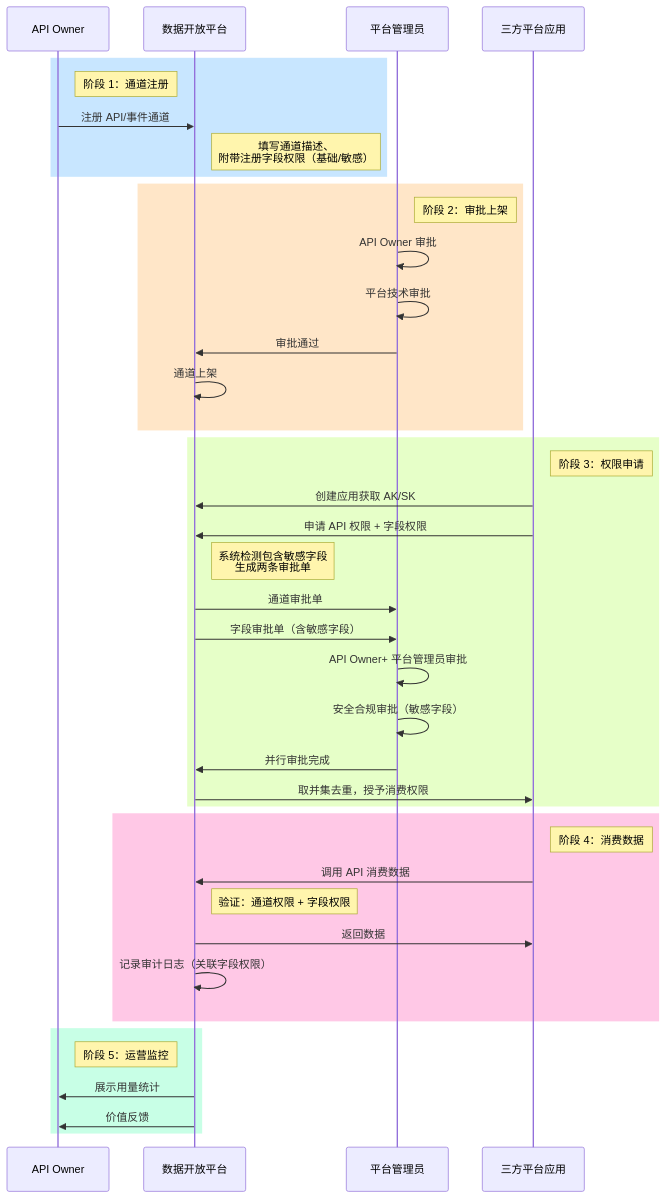
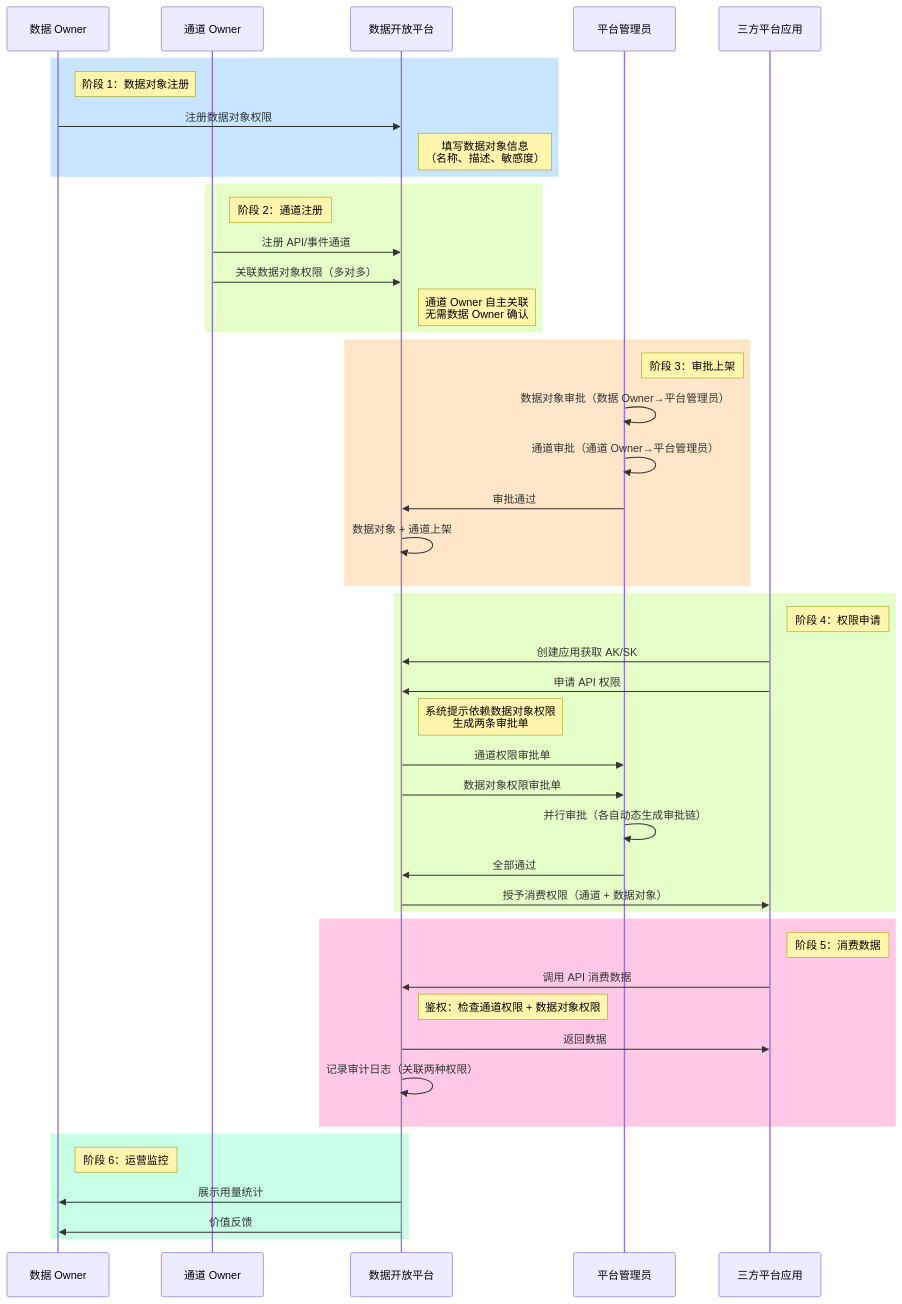
Before and after one commit to THZSummer/Product: the seventh of 13 diagrams in open-app/.sdd/specs-tree-root/specs-tree-data-open-platform/discovery-report.md, drawn with Mermaid. The commit also changed other lines of this file and 2 other files, not shown here.

````diff
--- a/open-app/.sdd/specs-tree-root/specs-tree-data-open-platform/discovery-report.md
+++ b/open-app/.sdd/specs-tree-root/specs-tree-data-open-platform/discovery-report.md
@@ -304,48 +306,55 @@
 ```mermaid
 sequenceDiagram
-    participant AOwner as API Owner
+    participant DOwner as 数据 Owner
+    participant COwner as 通道 Owner
     participant Platform as 数据开放平台
     participant Admin as 平台管理员
     participant Consumer as 三方平台应用
     
     rect rgb(200, 230, 255)
-        note right of AOwner: 阶段 1：通道注册
-        AOwner->>Platform: 注册 API/事件通道
-        note right of Platform: 填写通道描述、<br/>附带注册字段权限（基础/敏感）
+        note right of DOwner: 阶段 1：数据对象注册
+        DOwner->>Platform: 注册数据对象权限
+        note right of Platform: 填写数据对象信息<br/>（名称、描述、敏感度）
+    end
+    
+    rect rgb(230, 255, 200)
+        note right of COwner: 阶段 2：通道注册
+        COwner->>Platform: 注册 API/事件通道
+        COwner->>Platform: 关联数据对象权限（多对多）
+        note right of Platform: 通道 Owner 自主关联<br/>无需数据 Owner 确认
     end
     
     rect rgb(255, 230, 200)
-        note right of Admin: 阶段 2：审批上架
-        Admin->>Admin: API Owner 审批
-        Admin->>Admin: 平台技术审批
+        note right of Admin: 阶段 3：审批上架
+        Admin->>Admin: 数据对象审批（数据 Owner→平台管理员）
+        Admin->>Admin: 通道审批（通道 Owner→平台管理员）
         Admin->>Platform: 审批通过
-        Platform->>Platform: 通道上架
+        Platform->>Platform: 数据对象 + 通道上架
     end
     
     rect rgb(230, 255, 200)
-        note right of Consumer: 阶段 3：权限申请
+        note right of Consumer: 阶段 4：权限申请
         Consumer->>Platform: 创建应用获取 AK/SK
-        Consumer->>Platform: 申请 API 权限 + 字段权限
-        note right of Platform: 系统检测包含敏感字段<br/>生成两条审批单
-        Platform->>Admin: 通道审批单
-        Platform->>Admin: 字段审批单（含敏感字段）
-        Admin->>Admin: API Owner+ 平台管理员审批
-        Admin->>Admin: 安全合规审批（敏感字段）
-        Admin->>Platform: 并行审批完成
-        Platform->>Consumer: 取并集去重，授予消费权限
+        Consumer->>Platform: 申请 API 权限
+        note right of Platform: 系统提示依赖数据对象权限<br/>生成两条审批单
+        Platform->>Admin: 通道权限审批单
+        Platform->>Admin: 数据对象权限审批单
+        Admin->>Admin: 并行审批（各自动态生成审批链）
+        Admin->>Platform: 全部通过
+        Platform->>Consumer: 授予消费权限（通道 + 数据对象）
     end
     
     rect rgb(255, 200, 230)
-        note right of Consumer: 阶段 4：消费数据
+        note right of Consumer: 阶段 5：消费数据
         Consumer->>Platform: 调用 API 消费数据
-        note right of Platform: 验证：通道权限 + 字段权限
+        note right of Platform: 鉴权：检查通道权限 + 数据对象权限
         Platform->>Consumer: 返回数据
-        Platform->>Platform: 记录审计日志（关联字段权限）
+        Platform->>Platform: 记录审计日志（关联两种权限）
     end
     
     rect rgb(200, 255, 230)
-        note right of AOwner: 阶段 5：运营监控
-        Platform->>AOwner: 展示用量统计
-        Platform->>AOwner: 价值反馈
+        note right of DOwner: 阶段 6：运营监控
+        Platform->>DOwner: 展示用量统计
+        Platform->>DOwner: 价值反馈
     end
 ```
````
